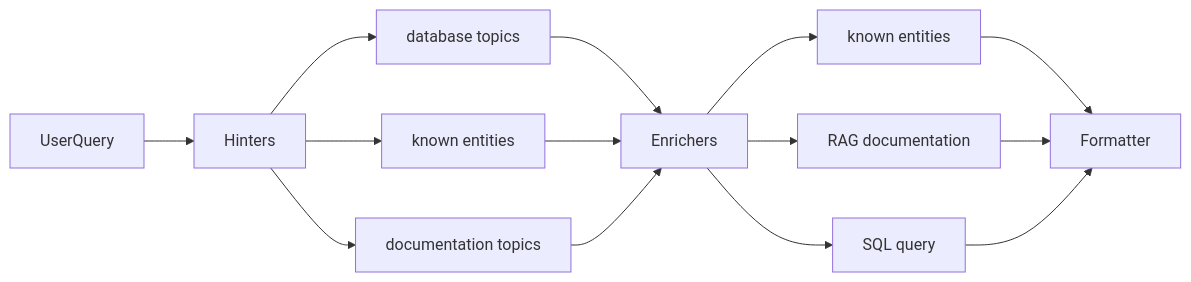
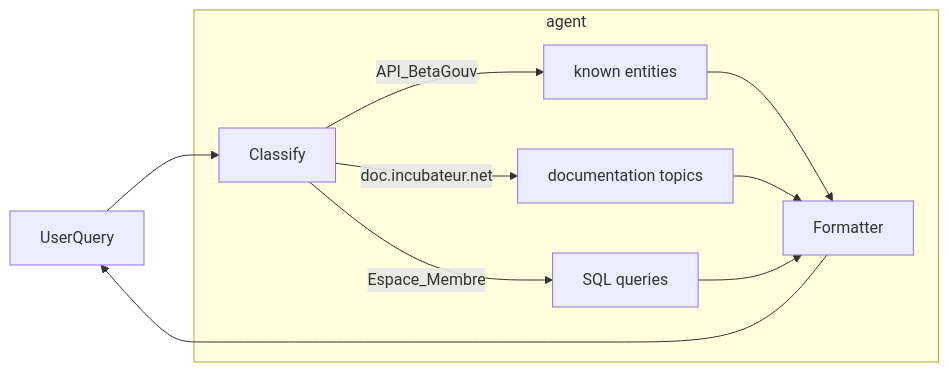
One commit to betagouv/mastra-beta changed the diagram in README.md. Above: the diagram before and after it, drawn with Mermaid. The commit also changed other lines of this file and 8 other files, not shown here.

````diff
--- a/README.md
+++ b/README.md
@@ -7,17 +7,14 @@
 ```mermaid
 graph LR
 
-UserQuery-->Hinters
-Hinters-->Entities1[known entities]
-Hinters-->Documentation[documentation topics]
-Hinters-->DbTopics[database topics]
-DbTopics-->Enrichers
-Entities1-->Enrichers
-Documentation-->Enrichers
-Enrichers-->Entities2[known entities]
-Enrichers-->RAGDoc2[RAG documentation]
-Enrichers-->SQLQuery2[SQL query]
-Entities2-->Formatter
+UserQuery-->Classify
+subgraph agent
+Classify-->|API_BetaGouv|Entities1[known entities]
+Classify-->|doc.incubateur.net|RAGDoc2[documentation topics]
+Classify-->|Espace_Membre|DbTopics[SQL queries]
+Entities1-->Formatter
 RAGDoc2-->Formatter
-SQLQuery2-->Formatter
+DbTopics-->Formatter
+end
+Formatter-->UserQuery
 ```
````
